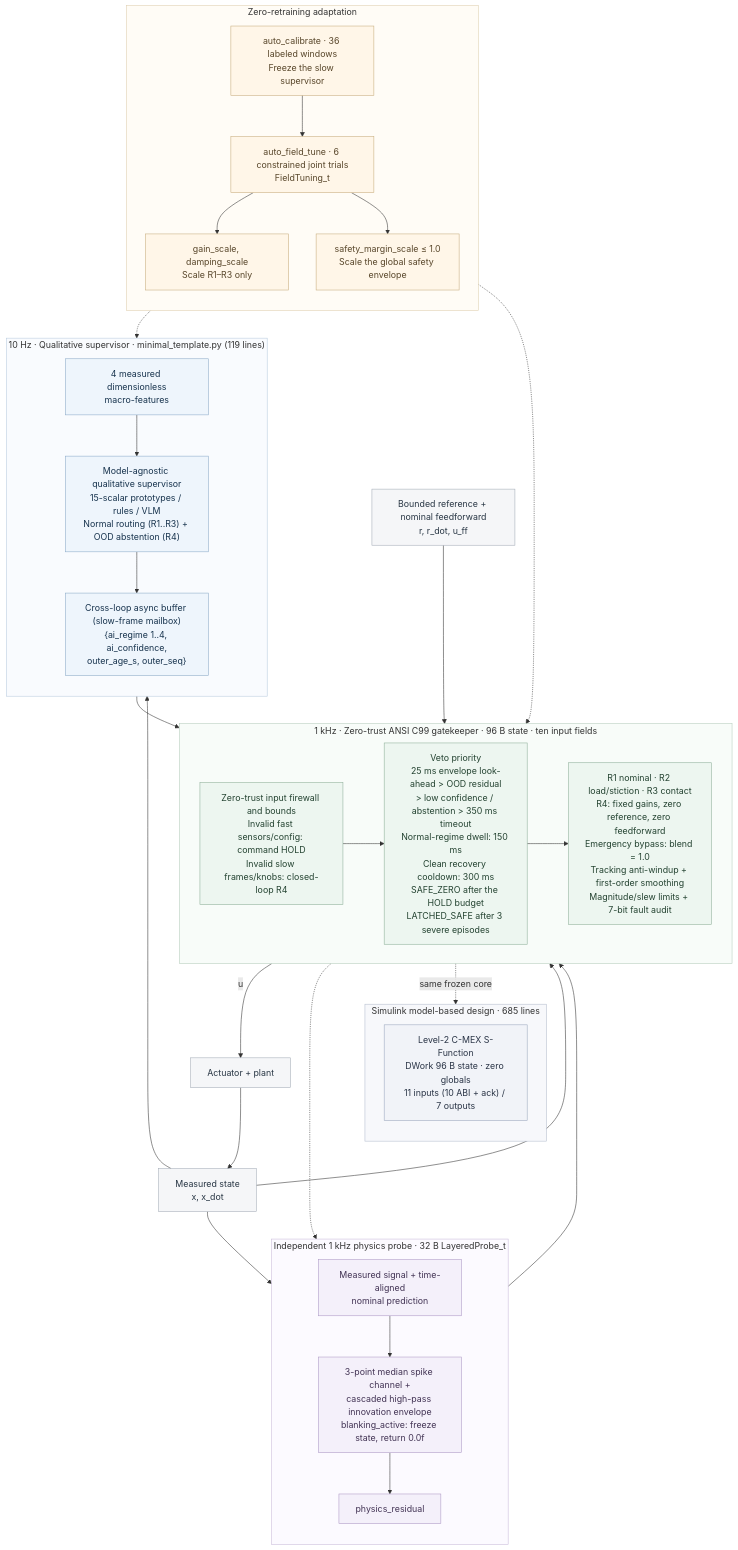
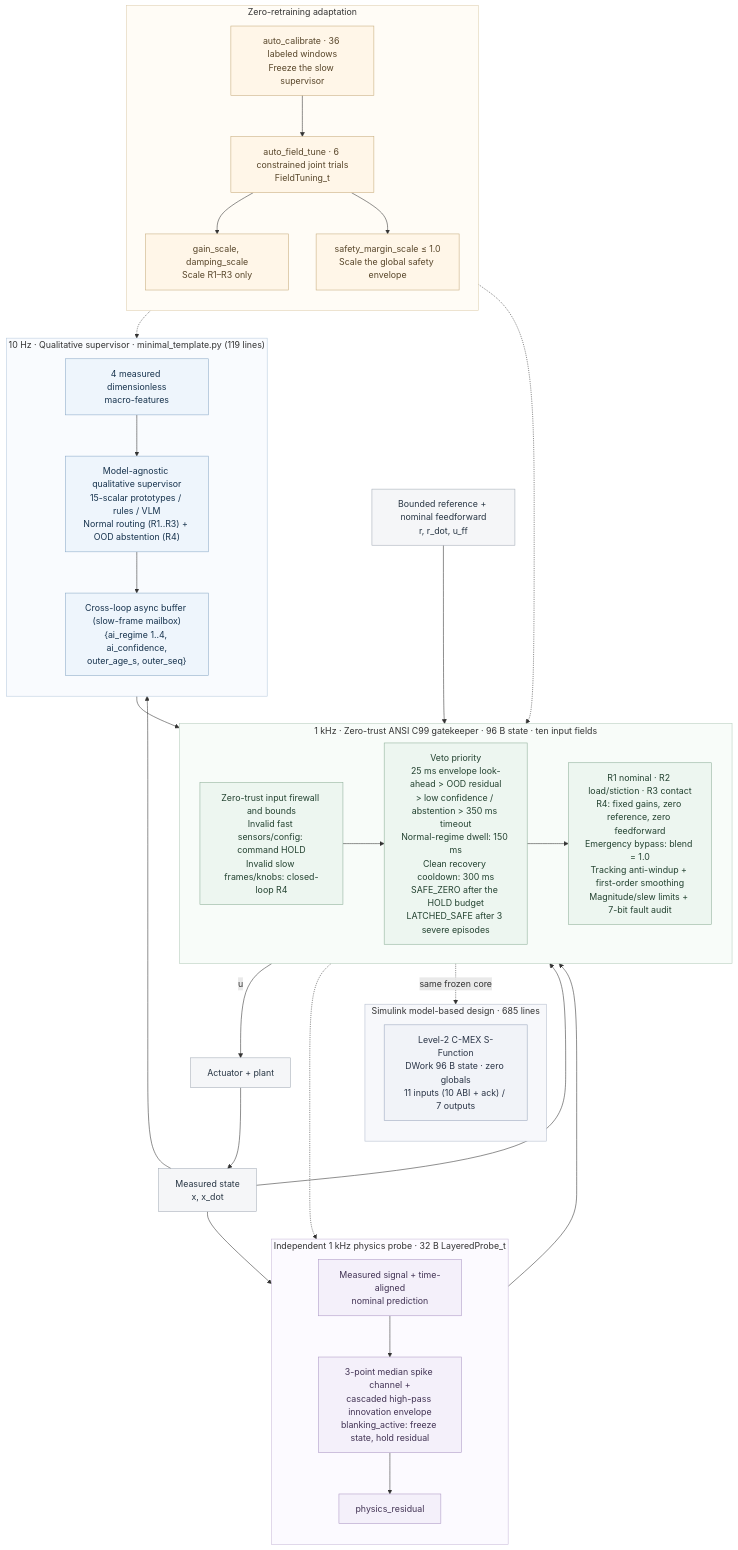
Before and after one commit to lijiawei255/ai-layered-control: the diagram in README.md, drawn with Mermaid. The commit also changed other lines of this file and 7 other files, not shown here.

First line of the commit message:
Hold the blanking residual and align the written contract

````diff
--- a/README.md
+++ b/README.md
@@ -84,70 +84,70 @@
 ```mermaid
 flowchart TB
     subgraph slow["10 Hz · Qualitative supervisor · minimal_template.py (119 lines)"]
         direction TB
         features["4 measured dimensionless<br/>macro-features"]
         supervisor["Model-agnostic qualitative supervisor<br/>15-scalar prototypes / rules / VLM<br/>Normal routing (R1..R3) + OOD abstention (R4)"]
         mailbox["Cross-loop async buffer (slow-frame mailbox)<br/>{ai_regime 1..4, ai_confidence,<br/>outer_age_s, outer_seq}"]
         features --> supervisor --> mailbox
     end
     subgraph probe["Independent 1 kHz physics probe · 32 B LayeredProbe_t"]
         direction TB
         innovation["Measured signal + time-aligned<br/>nominal prediction"]
-        channels["3-point median spike channel +<br/>cascaded high-pass innovation envelope<br/>blanking_active: freeze state, return 0.0f"]
+        channels["3-point median spike channel +<br/>cascaded high-pass innovation envelope<br/>blanking_active: freeze state, hold residual"]
         residual["physics_residual"]
         innovation --> channels --> residual
     end
     subgraph fast["1 kHz · Zero-trust ANSI C99 gatekeeper · 96 B state · ten input fields"]
         direction LR
         firewall["Zero-trust input firewall and bounds<br/>Invalid fast sensors/config: command HOLD<br/>Invalid slow frames/knobs: closed-loop R4"]
         gates["Veto priority<br/>25 ms envelope look-ahead > OOD residual<br/>> low confidence / abstention > 350 ms timeout<br/>Normal-regime dwell: 150 ms<br/>Clean recovery cooldown: 300 ms<br/>SAFE_ZERO after the HOLD budget<br/>LATCHED_SAFE after 3 severe episodes"]
         bank["R1 nominal · R2 load/stiction · R3 contact<br/>R4: fixed gains, zero reference, zero feedforward<br/>Emergency bypass: blend = 1.0<br/>Tracking anti-windup + first-order smoothing<br/>Magnitude/slew limits + 7-bit fault audit"]
         firewall --> gates --> bank
     end
     subgraph mbd["Simulink model-based design · 685 lines"]
         direction TB
         sfun["Level-2 C-MEX S-Function<br/>DWork 96 B state · zero globals<br/>11 inputs (10 ABI + ack) / 7 outputs"]
     end
     subgraph adapt["Zero-retraining adaptation"]
         direction TB
         calibrate["auto_calibrate · 36 labeled windows<br/>Freeze the slow supervisor"]
         tune["auto_field_tune · 6 constrained joint trials<br/>FieldTuning_t"]
         gains["gain_scale, damping_scale<br/>Scale R1–R3 only"]
         margin["safety_margin_scale ≤ 1.0<br/>Scale the global safety envelope"]
         calibrate --> tune
         tune --> gains
         tune --> margin
     end
     reference["Bounded reference + nominal feedforward<br/>r, r_dot, u_ff"]
     plant["Actuator + plant"]
     sensor["Measured state<br/>x, x_dot"]
     reference --> fast
     slow --> fast
     probe --> fast
     fast -->|"u"| plant
     plant --> sensor
     sensor --> fast
     sensor --> slow
     sensor --> probe
     fast -.-> probe
     fast -.->|"same frozen core"| sfun
     adapt -.-> slow
     adapt -.-> fast
     classDef slowNode fill:#eef5fc,stroke:#8baac7,color:#17334d;
     classDef probeNode fill:#f4f0fa,stroke:#ad98c5,color:#423354;
     classDef coreNode fill:#edf6f0,stroke:#8eaf99,color:#244331;
     classDef adaptNode fill:#fff6e8,stroke:#c7ad7d,color:#58462a;
     classDef ioNode fill:#f5f6f8,stroke:#a4acb7,color:#283644;
     classDef mbdNode fill:#f1f3f8,stroke:#9aa7bd,color:#2a3446;
     class features,supervisor,mailbox slowNode;
     class innovation,channels,residual probeNode;
     class firewall,gates,bank coreNode;
     class calibrate,tune,gains,margin adaptNode;
     class reference,plant,sensor ioNode;
     class sfun mbdNode;
     style slow fill:#f9fbfe,stroke:#b8cbde
     style probe fill:#fcfaff,stroke:#c9bbda
     style fast fill:#f8fcf9,stroke:#b6cdbd
     style mbd fill:#f7f8fb,stroke:#b3bccd
     style adapt fill:#fffcf6,stroke:#dfcfaf
 ```
````
